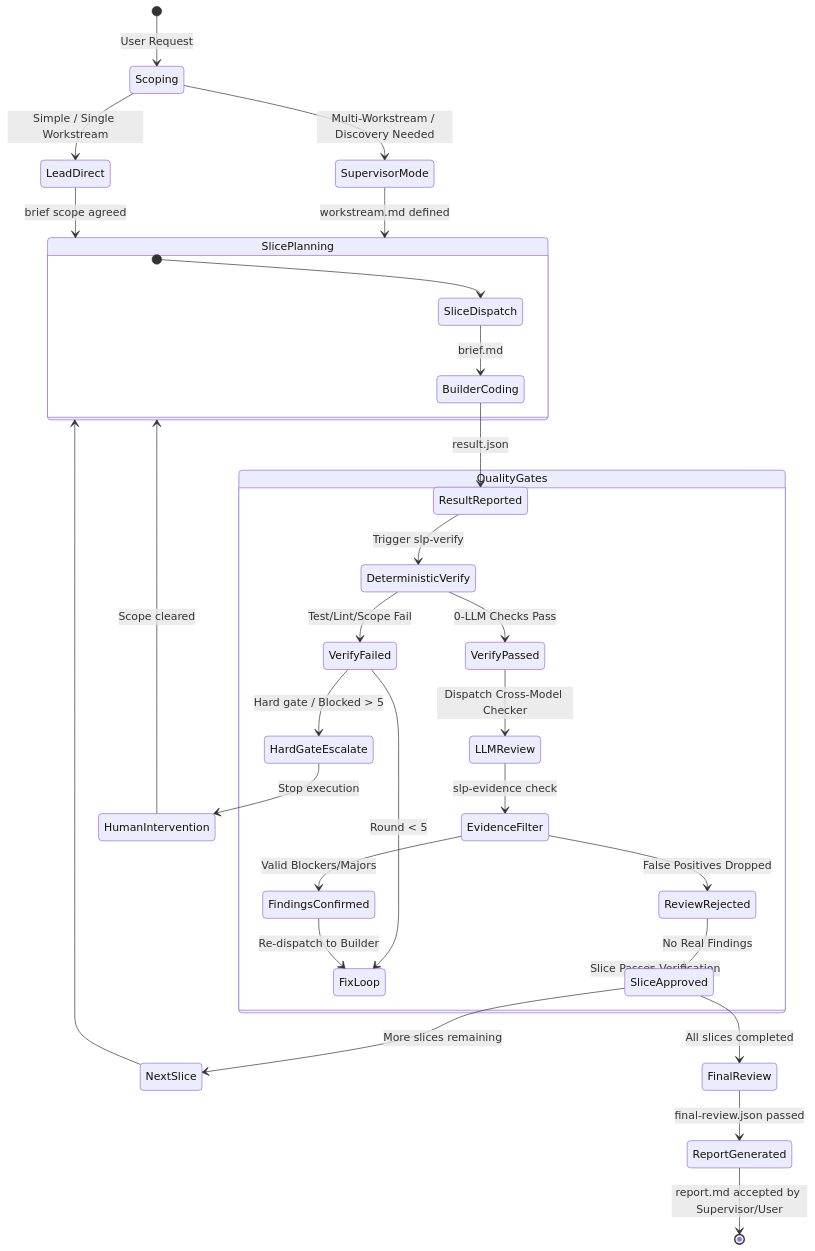
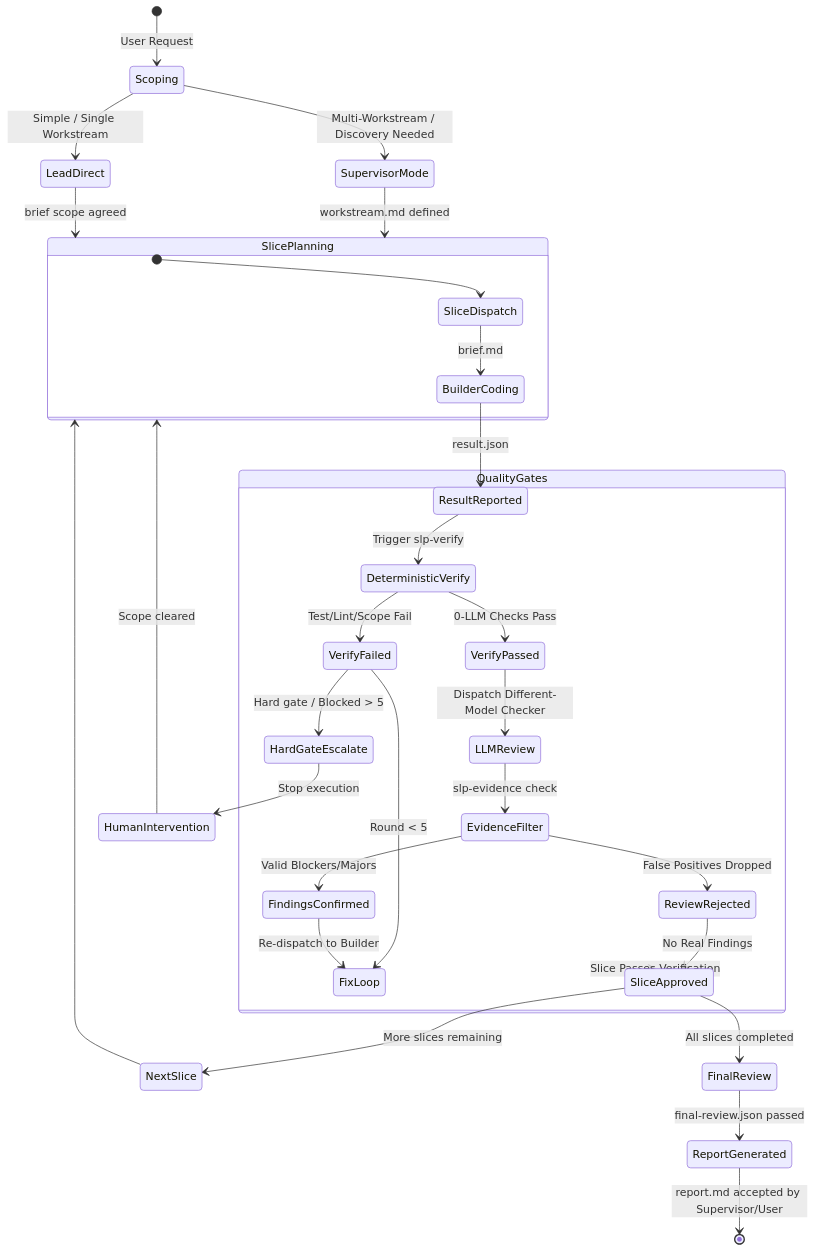
Before and after one commit to luongndcoder/paseo-slp: the third of 3 diagrams in README.md, drawn with Mermaid. The commit also changed other lines of this file and 62 other files, not shown here.

````diff
--- a/README.md
+++ b/README.md
@@ -128,43 +128,43 @@
 ```mermaid
 stateDiagram-v2
     [*] --> Scoping: User Request
     Scoping --> LeadDirect: Simple / Single Workstream
     Scoping --> SupervisorMode: Multi-Workstream / Discovery Needed
     
     SupervisorMode --> SlicePlanning: workstream.md defined
     LeadDirect --> SlicePlanning: brief scope agreed
     
     state SlicePlanning {
         [*] --> SliceDispatch
         SliceDispatch --> BuilderCoding: brief.md
         BuilderCoding --> ResultReported: result.json
     }
     
     state QualityGates {
         ResultReported --> DeterministicVerify: Trigger slp-verify
         DeterministicVerify --> VerifyFailed: Test/Lint/Scope Fail
         DeterministicVerify --> VerifyPassed: 0-LLM Checks Pass
         
         VerifyFailed --> FixLoop: Round < 5
         VerifyFailed --> HardGateEscalate: Hard gate / Blocked > 5
         
-        VerifyPassed --> LLMReview: Dispatch Cross-Model Checker
+        VerifyPassed --> LLMReview: Dispatch Different-Model Checker
         LLMReview --> EvidenceFilter: slp-evidence check
         EvidenceFilter --> ReviewRejected: False Positives Dropped
         EvidenceFilter --> FindingsConfirmed: Valid Blockers/Majors
         
         FindingsConfirmed --> FixLoop: Re-dispatch to Builder
         ReviewRejected --> SliceApproved: No Real Findings
     }
     
     QualityGates --> SliceApproved: Slice Passes Verification
     SliceApproved --> NextSlice: More slices remaining
     NextSlice --> SlicePlanning
     
     SliceApproved --> FinalReview: All slices completed
     FinalReview --> ReportGenerated: final-review.json passed
     ReportGenerated --> [*]: report.md accepted by Supervisor/User
     
     HardGateEscalate --> HumanIntervention: Stop execution
     HumanIntervention --> SlicePlanning: Scope cleared
 ```
````
